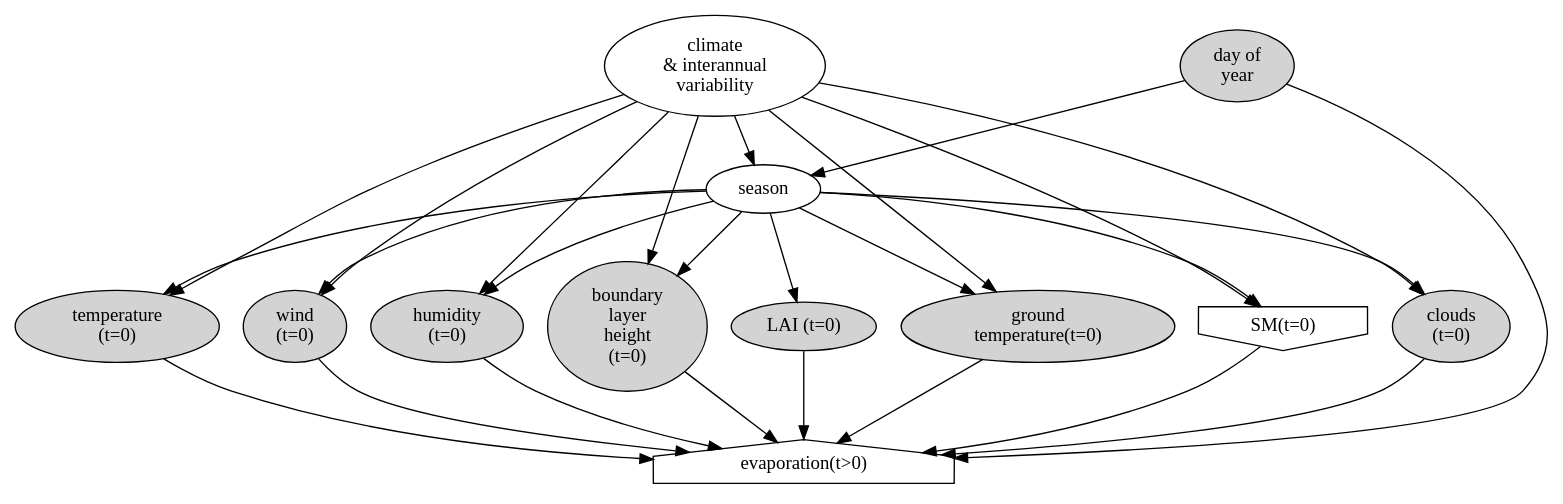
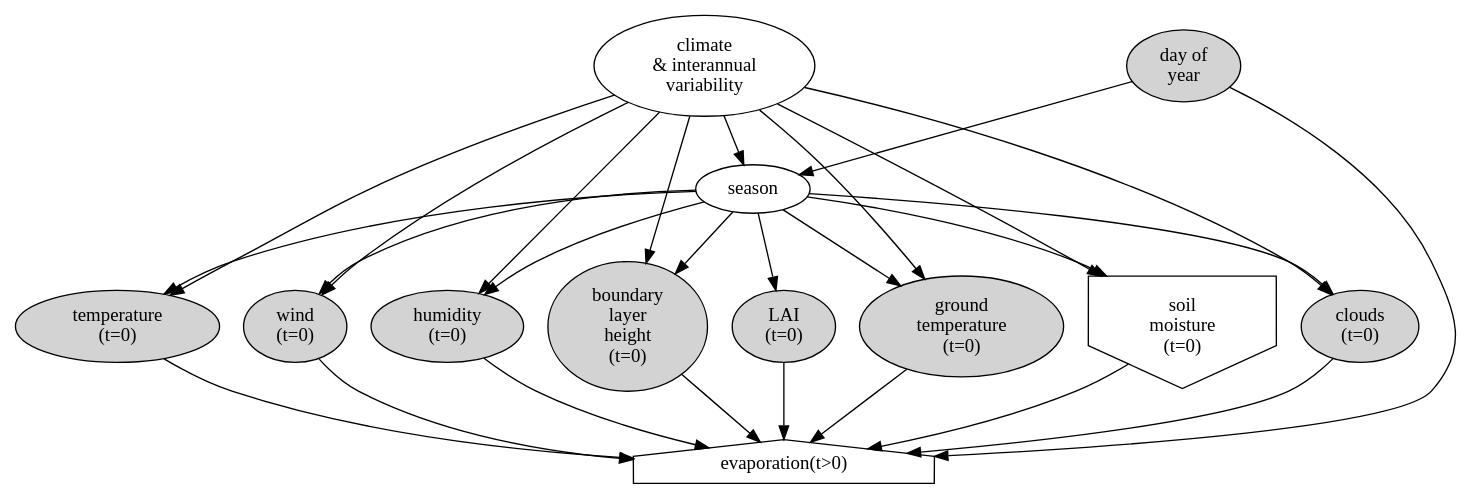
One commit to massma/land-atmosphere changed the diagram in graph.dot. Above: the diagram before and after it, drawn with Graphviz. The commit also changed 3 other files, not shown here.

```diff
--- a/graph.dot
+++ b/graph.dot
@@ -1,51 +1,51 @@
 digraph G {
 
         climate[label="climate\n& interannual\nvariability"];
         season[label="season"];
-        LAI[label="LAI (t=0)", style="filled"];
-        sm[label="SM(t=0)", shape="invhouse"];
+        LAI[label="LAI\n(t=0)", style="filled"];
+        sm[label="soil\nmoisture\n(t=0)", shape="invhouse"];
 	et[label="evaporation(t>0)", shape="house"];
-        groundTemperature[label="ground\ntemperature(t=0)", style="filled"];
+        groundTemperature[label="ground\ntemperature\n(t=0)", style="filled"];
         temperature[label="temperature\n(t=0)", style="filled"];
         humidity[label="humidity\n(t=0)", style="filled"];
         cloud[label="clouds\n(t=0)", style="filled"];
         wind[label="wind\n(t=0)", style="filled"];
         blheight[label="boundary\nlayer\nheight\n(t=0)", style="filled"];
 
         doy[label="day of\nyear", style="filled"];
 
         doy -> season;
         climate -> season;
         climate -> temperature;
         climate -> humidity;
         climate -> sm;
         climate -> cloud;
         climate -> wind;
         climate -> blheight;
 
 
         climate -> groundTemperature;
 
         season -> temperature;
         season -> humidity;
         season -> cloud;
         season -> wind;
         season -> blheight;
         season -> groundTemperature;
 
         season -> LAI;
         season -> sm;
 
         doy -> et;
         temperature -> et;
         humidity -> et;
         cloud -> et;
         wind -> et;
         blheight -> et;
 
         groundTemperature -> et;
 
 
         LAI -> et;
         sm -> et;
 }
```
